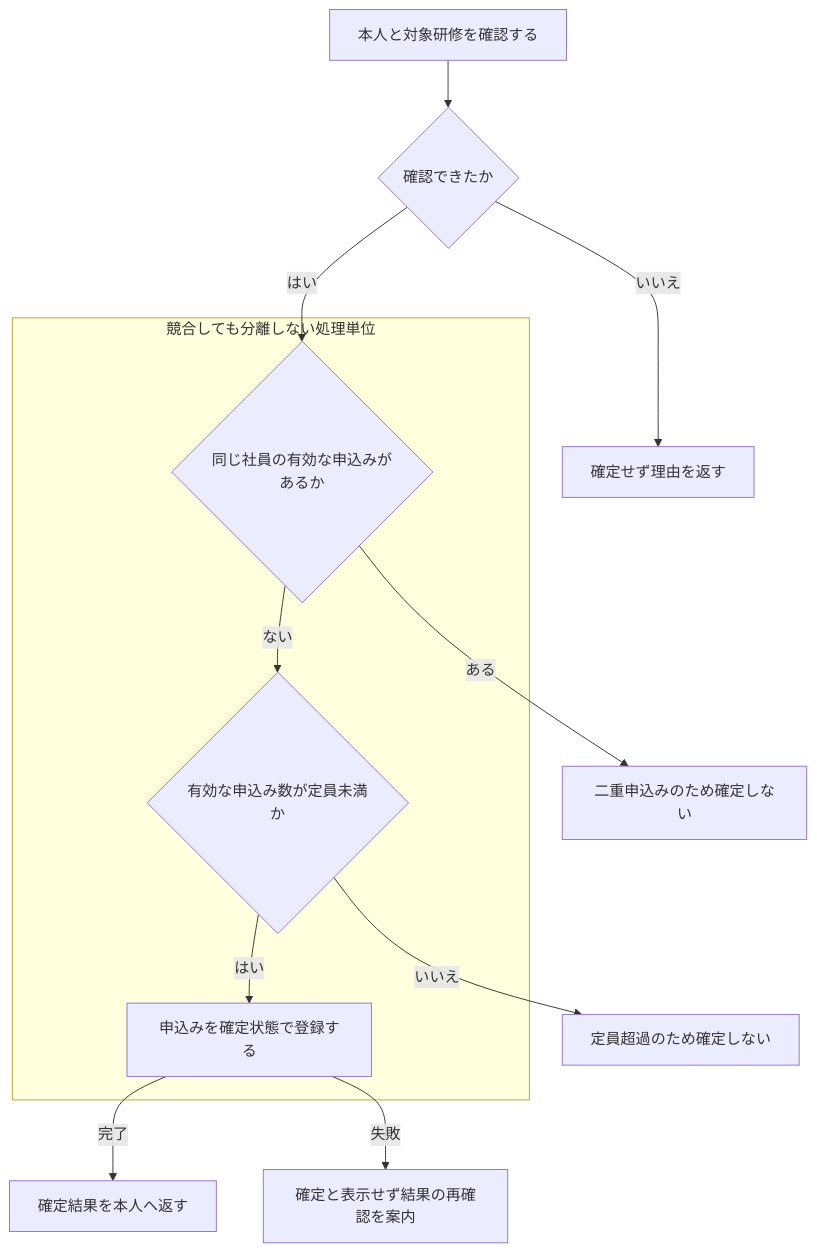
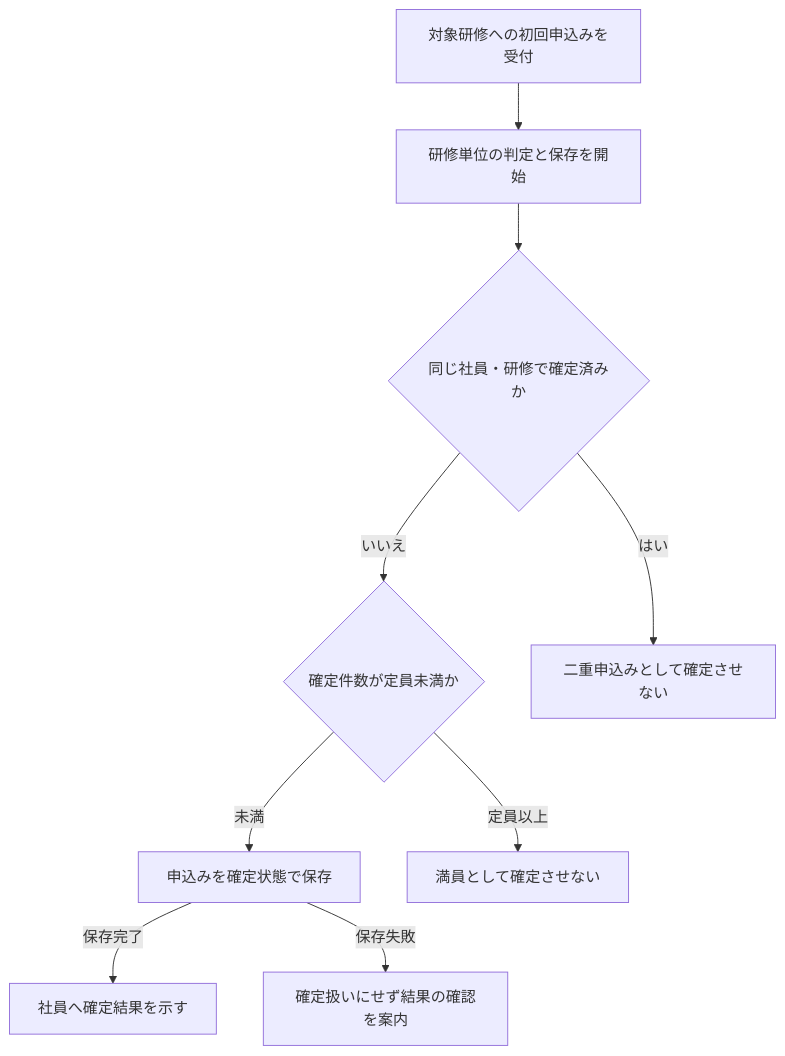
The diagram in docs/artifacts/skills/write-basic-design-document/out/diagrams/d-03-workflow.mmd (yukihito-jokyu/context), drawn with Mermaid before and after one commit. The commit also changed 22 other files, not shown here.

```diff
--- a/docs/artifacts/skills/write-basic-design-document/out/diagrams/d-03-workflow.mmd
+++ b/docs/artifacts/skills/write-basic-design-document/out/diagrams/d-03-workflow.mmd
@@ -1,13 +1,9 @@
 flowchart TD
-  start["本人と対象研修を確認する"] --> ready{"確認できたか"}
-  ready -->|"いいえ"| invalid["確定せず理由を返す"]
-  ready -->|"はい"| duplicate
-  subgraph atomic["競合しても分離しない処理単位"]
-    duplicate{"同じ社員の有効な申込みがあるか"}
-    duplicate -->|"ない"| capacity{"有効な申込み数が定員未満か"}
-    capacity -->|"はい"| save["申込みを確定状態で登録する"]
-  end
-  duplicate -->|"ある"| doubled["二重申込みのため確定しない"]
-  capacity -->|"いいえ"| full["定員超過のため確定しない"]
-  save -->|"完了"| success["確定結果を本人へ返す"]
-  save -->|"失敗"| failed["確定と表示せず結果の再確認を案内"]
+  request["対象研修への初回申込みを受付"] --> begin["研修単位の判定と保存を開始"]
+  begin --> duplicate{"同じ社員・研修で確定済みか"}
+  duplicate -->|"いいえ"| capacity{"確定件数が定員未満か"}
+  duplicate -->|"はい"| repeated["二重申込みとして確定させない"]
+  capacity -->|"未満"| save["申込みを確定状態で保存"]
+  capacity -->|"定員以上"| full["満員として確定させない"]
+  save -->|"保存完了"| confirmed["社員へ確定結果を示す"]
+  save -->|"保存失敗"| failed["確定扱いにせず結果の確認を案内"]
```
